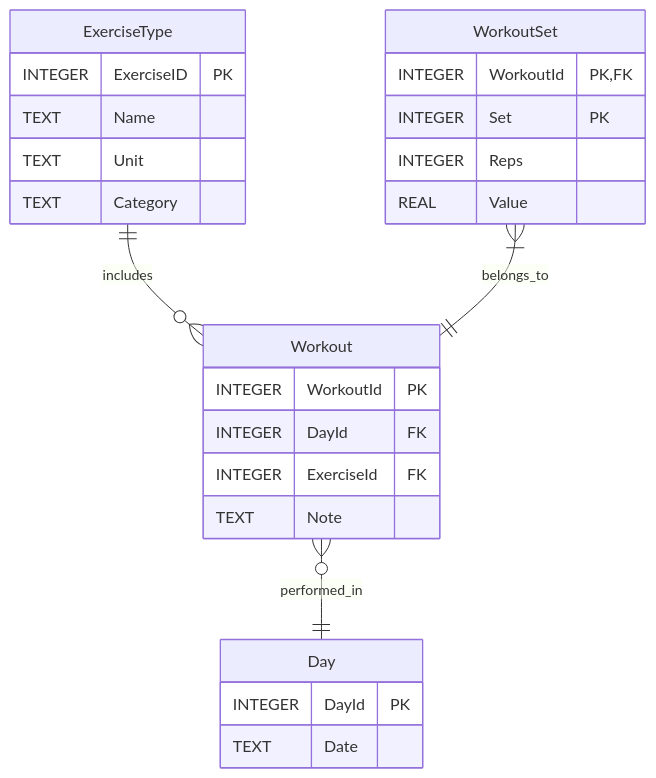
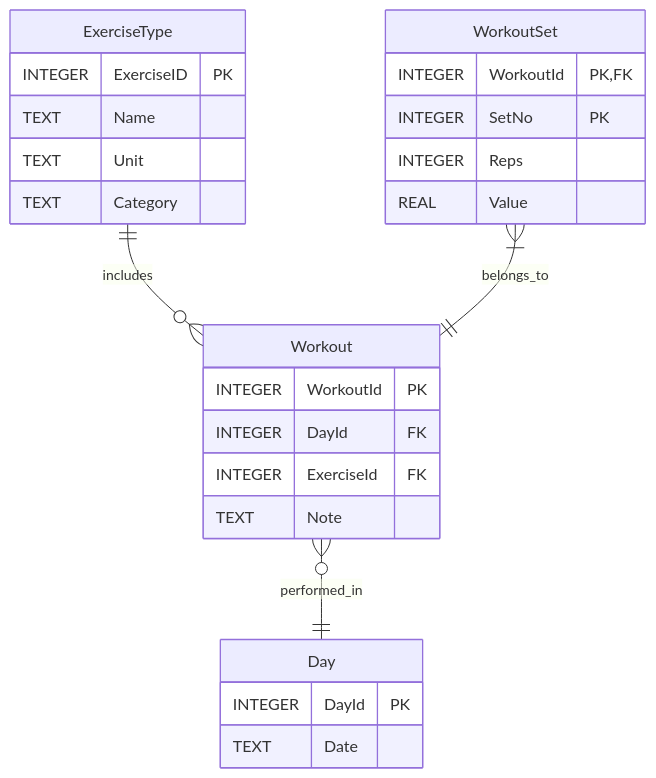
Before and after one commit to richardh05/Workout-Tracker: the diagram in README.md, drawn with Mermaid. The commit also changed 3 other files, not shown here.

````diff
--- a/README.md
+++ b/README.md
@@ -4,28 +4,28 @@
 ```mermaid
 erDiagram
     ExerciseType ||--o{ Workout : includes
     Workout }o--|| Day : performed_in
     WorkoutSet }|--|| Workout : belongs_to
     Day {
         INTEGER DayId PK
         TEXT Date
     }
     ExerciseType {
         INTEGER ExerciseID PK
         TEXT Name
         TEXT Unit
         TEXT Category 
     }
     Workout {
         INTEGER WorkoutId PK
         INTEGER DayId FK
         INTEGER ExerciseId FK
         TEXT Note
     }
     WorkoutSet {
         INTEGER WorkoutId PK,FK
-        INTEGER Set PK
+        INTEGER SetNo PK
         INTEGER Reps 
         REAL Value
     }
 ```
````
